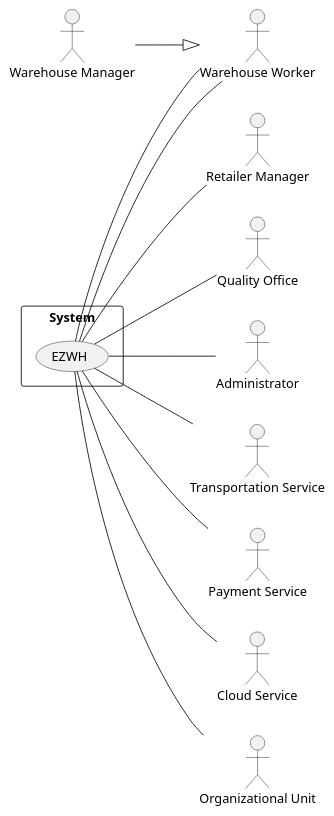
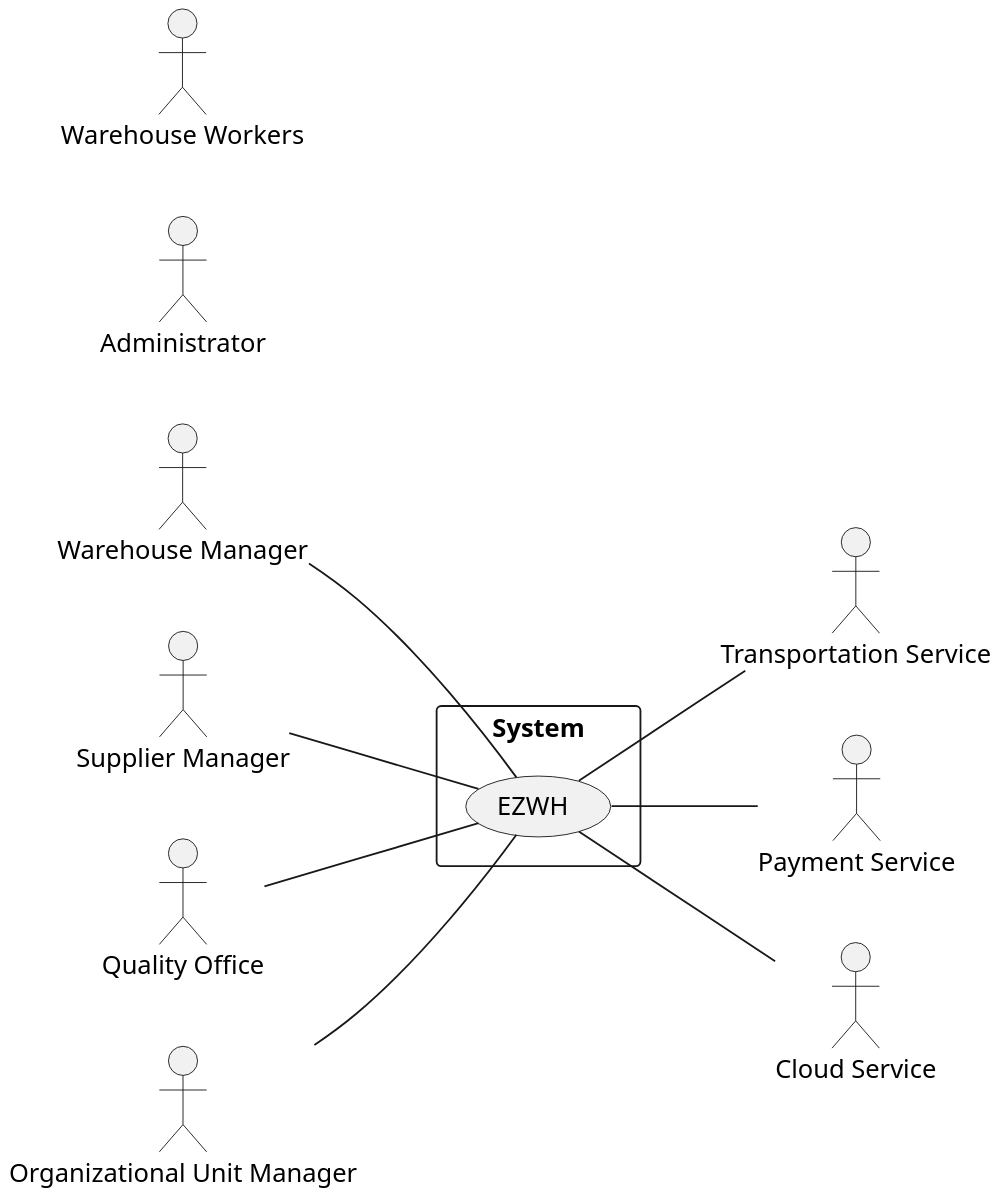
One commit to Roby603/software-engineering-project changed the diagram in context_diagram.plantuml. Above: the diagram before and after it, drawn with PlantUML. The commit also changed 1 other file, not shown here.

Commit message:
Modified the Stakeholders' description and the context diagram

```diff
--- a/context_diagram.plantuml
+++ b/context_diagram.plantuml
@@ -1,30 +1,30 @@
 @startuml ContextDiagram
+scale 2
 left to right direction
 skinparam packagestyle rect
 
 ' Actors
 actor "Warehouse Manager" as WarehouseManager
-actor "Retailer Manager" as RetailerManager
+actor "Supplier Manager" as SupplierManager
 actor "Quality Office" as QualityOffice
-actor "Warehouse Worker" as WarehouseWorker
-actor Administrator
 actor "Transportation Service" as TransportationService
 actor "Payment Service" as PayementService
 actor "Cloud Service" as CloudService
-actor "Organizational Unit" as OrganizationalUnit
+actor "Organizational Unit Manager" as OrganizationalUnitManager
+actor Administrator
+actor "Warehouse Workers" as WarehouseWorkers
+' Associations
 
-' Associations
-WarehouseManager --|> WarehouseWorker
 rectangle System{
-	(EZWH) -- QualityOffice
+	WarehouseManager -- (EZWH)
+	SupplierManager -- (EZWH)
+	QualityOffice -- (EZWH)
+	OrganizationalUnitManager --(EZWH)
+
 	(EZWH) -- TransportationService
 	(EZWH) -- PayementService
 	(EZWH) -- CloudService
-	(EZWH) -- WarehouseWorker
-	(EZWH) -- RetailerManager
-	(EZWH) -- WarehouseWorker
-	(EZWH) -- Administrator
-	(EZWH) -- OrganizationalUnit
+	
+}
 
-}
 @enduml
```
